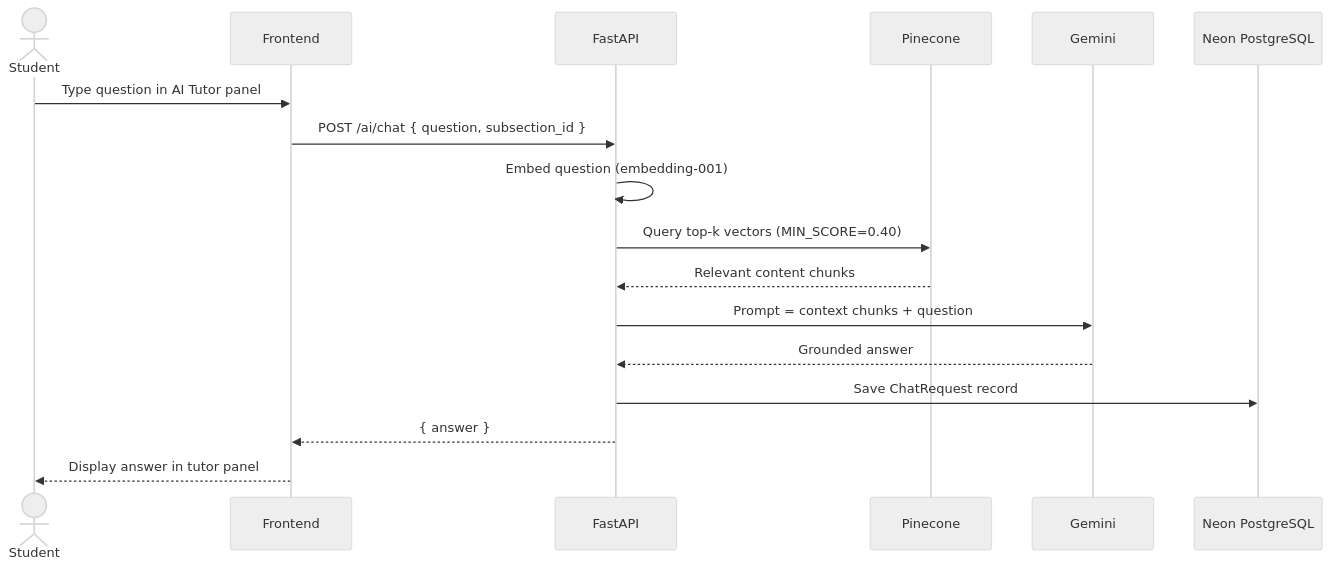
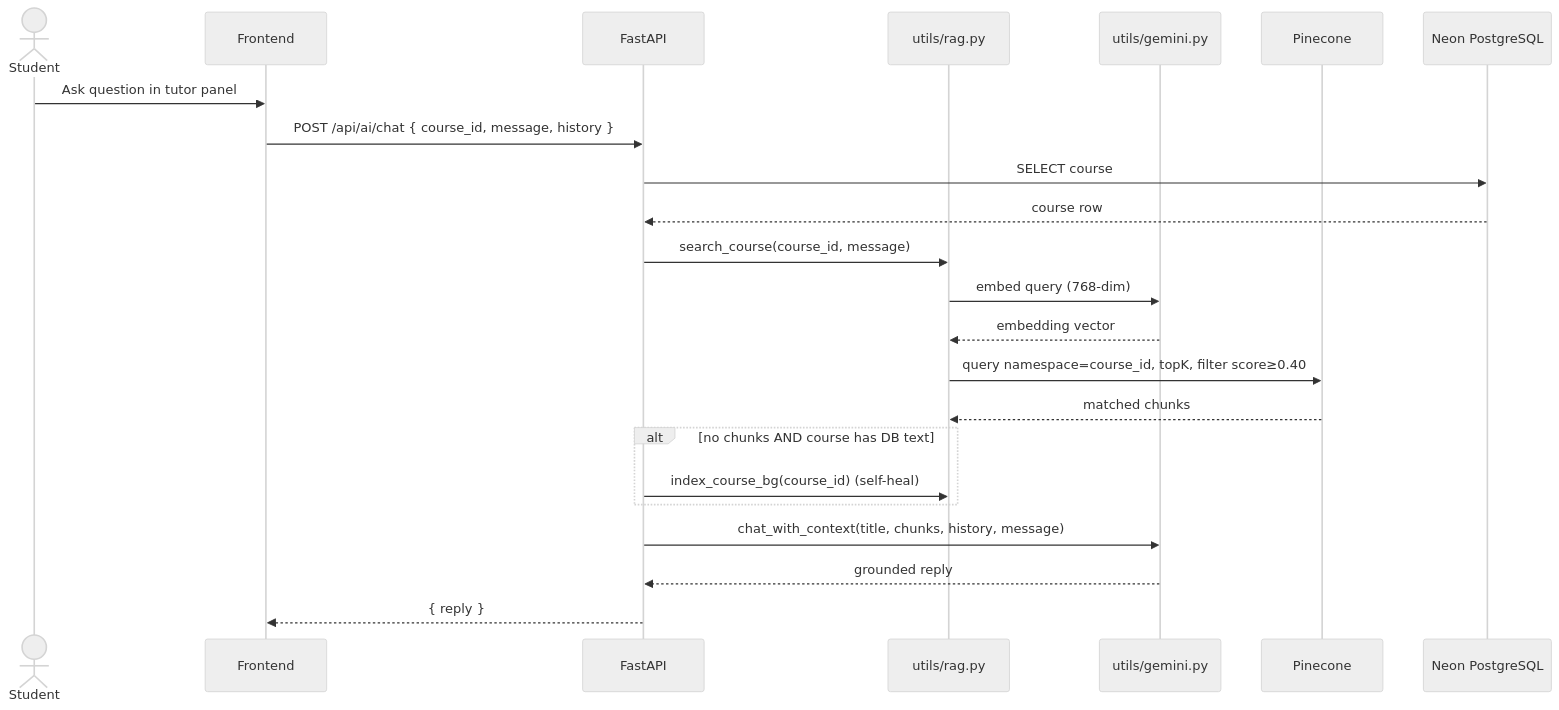
The third of 5 diagrams in docs/sprints/SPRINT_3.md (yazidha09/Hub4Learners), drawn with Mermaid (neutral theme) before and after one commit. The commit also changed other lines of this file and 5 other files, not shown here.

````diff
--- a/docs/sprints/SPRINT_3.md
+++ b/docs/sprints/SPRINT_3.md
@@ -98,19 +114,26 @@
 ```mermaid
 sequenceDiagram
     actor Student
     participant Frontend
     participant FastAPI
+    participant RAG as utils/rag.py
+    participant Gemini as utils/gemini.py
     participant Pinecone
-    participant Gemini
+    participant DB as Neon PostgreSQL
 
-    Student->>Frontend: Type question in AI Tutor panel
-    Frontend->>FastAPI: POST /ai/chat { question, subsection_id }
-    FastAPI->>FastAPI: Embed question (embedding-001)
-    FastAPI->>Pinecone: Query top-k vectors (MIN_SCORE=0.40)
-    Pinecone-->>FastAPI: Relevant content chunks
-    FastAPI->>Gemini: Prompt = context chunks + question
-    Gemini-->>FastAPI: Grounded answer
-    FastAPI->>Neon PostgreSQL: Save ChatRequest record
-    FastAPI-->>Frontend: { answer }
-    Frontend-->>Student: Display answer in tutor panel
+    Student->>Frontend: Ask question in tutor panel
+    Frontend->>FastAPI: POST /api/ai/chat { course_id, message, history }
+    FastAPI->>DB: SELECT course
+    DB-->>FastAPI: course row
+    FastAPI->>RAG: search_course(course_id, message)
+    RAG->>Gemini: embed query (768-dim)
+    Gemini-->>RAG: embedding vector
+    RAG->>Pinecone: query namespace=course_id, topK, filter score≥0.40
+    Pinecone-->>RAG: matched chunks
+    alt no chunks AND course has DB text
+        FastAPI->>RAG: index_course_bg(course_id) (self-heal)
+    end
+    FastAPI->>Gemini: chat_with_context(title, chunks, history, message)
+    Gemini-->>FastAPI: grounded reply
+    FastAPI-->>Frontend: { reply }
 ```
````
